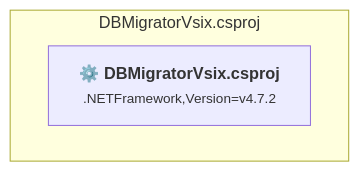
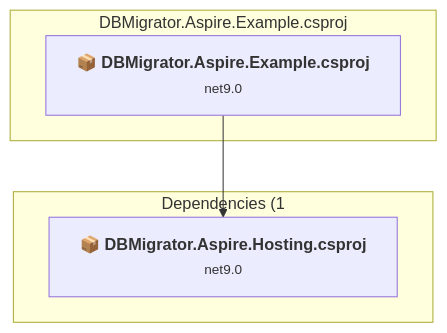
The seventh of 7 diagrams in .github/upgrades/assessment.md (Hviid/DBMigrator), drawn with Mermaid before and after one commit. The commit also changed other lines of this file and 7 other files, not shown here.

Commit message:
TASK-001: Upgrade projects to .NET 10.0 and Aspire 13.0.0

````diff
--- a/.github/upgrades/assessment.md
+++ b/.github/upgrades/assessment.md
@@ -198,8 +309,13 @@
 ```mermaid
 flowchart TB
-    subgraph current["DBMigratorVsix.csproj"]
-        MAIN["<b>⚙️&nbsp;DBMigratorVsix.csproj</b><br/><small>.NETFramework,Version=v4.7.2</small>"]
-        click MAIN "#dbmigratorvsixdbmigratorvsixcsproj"
+    subgraph current["DBMigrator.Aspire.Example.csproj"]
+        MAIN["<b>📦&nbsp;DBMigrator.Aspire.Example.csproj</b><br/><small>net9.0</small>"]
+        click MAIN "#examplesdbmigratoraspireexampledbmigratoraspireexamplecsproj"
     end
+    subgraph downstream["Dependencies (1"]
+        P5["<b>📦&nbsp;DBMigrator.Aspire.Hosting.csproj</b><br/><small>net9.0</small>"]
+        click P5 "#dbmigratoraspirehostingdbmigratoraspirehostingcsproj"
+    end
+    MAIN --> P5
 
 ```
````
